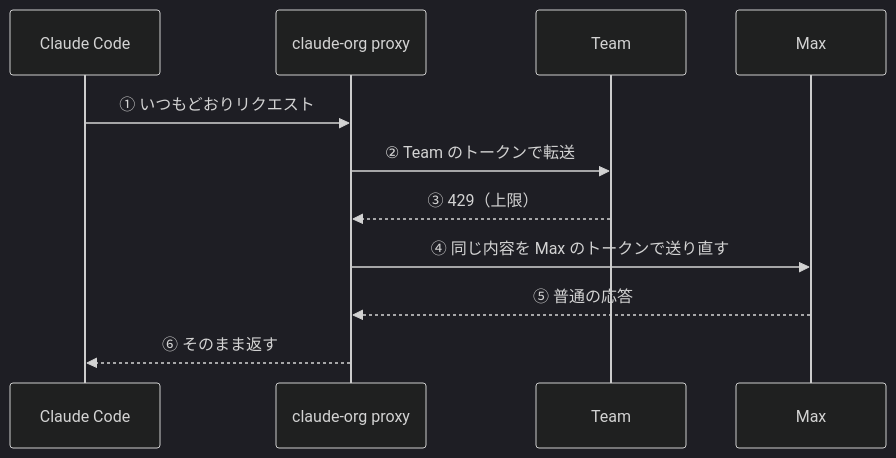
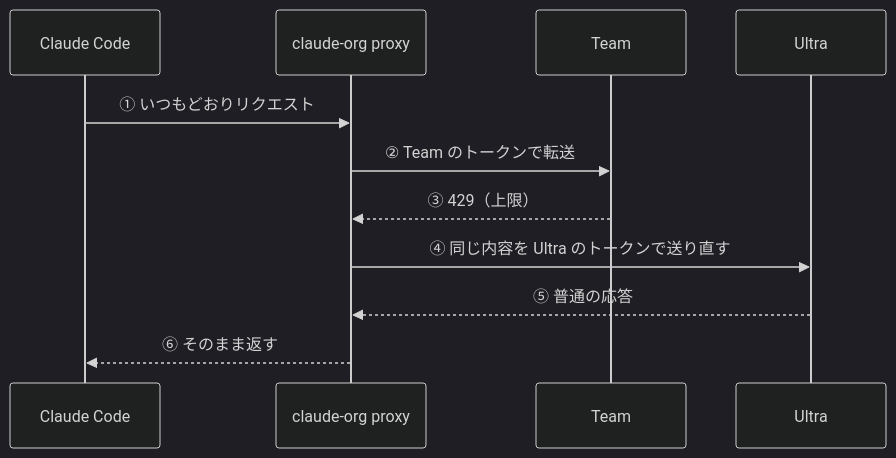
The second of 2 diagrams in articles/claude-org-5h-failover.md (miyashita337/zenn-articles), drawn with Mermaid (dark theme) before and after one commit. The commit also changed other lines of this file and 1 other file, not shown here.

````diff
--- a/articles/claude-org-5h-failover.md
+++ b/articles/claude-org-5h-failover.md
@@ -81,13 +88,13 @@
 ```mermaid
 sequenceDiagram
   participant CC as Claude Code
   participant PX as claude-org proxy
   participant T as Team
-  participant M as Max
+  participant M as Ultra
   CC->>PX: ① いつもどおりリクエスト
   PX->>T: ② Team のトークンで転送
   T-->>PX: ③ 429（上限）
-  PX->>M: ④ 同じ内容を Max のトークンで送り直す
+  PX->>M: ④ 同じ内容を Ultra のトークンで送り直す
   M-->>PX: ⑤ 普通の応答
   PX-->>CC: ⑥ そのまま返す
 ```
````
